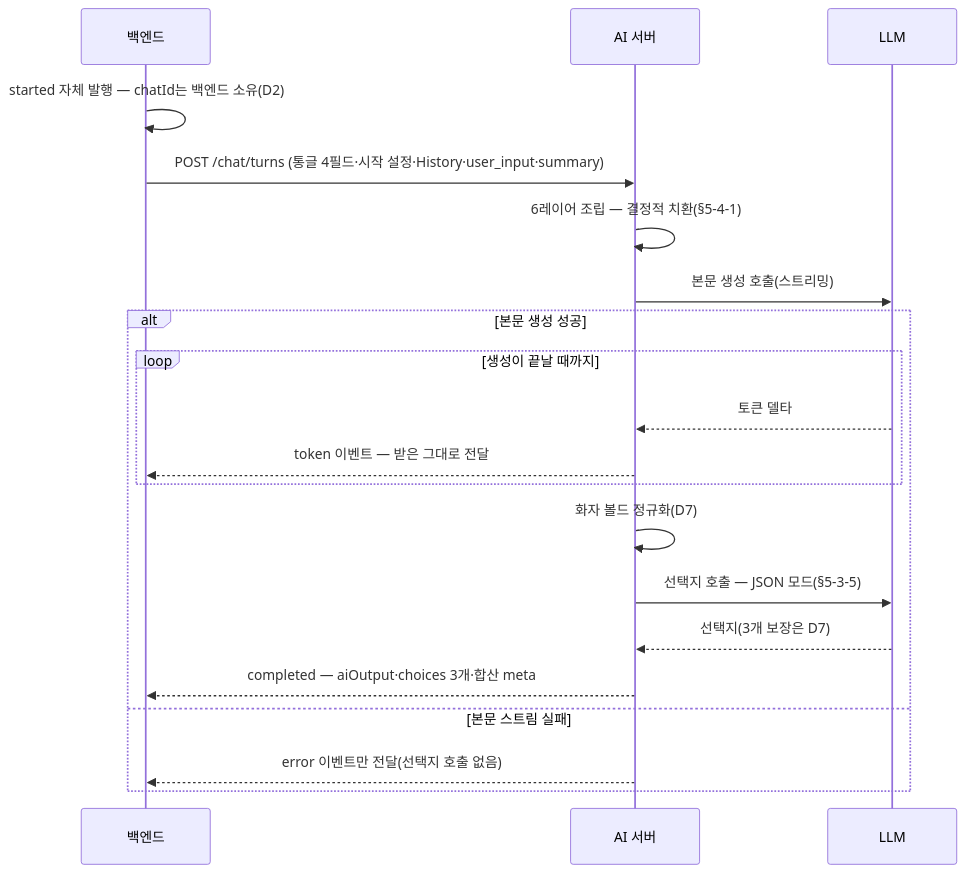
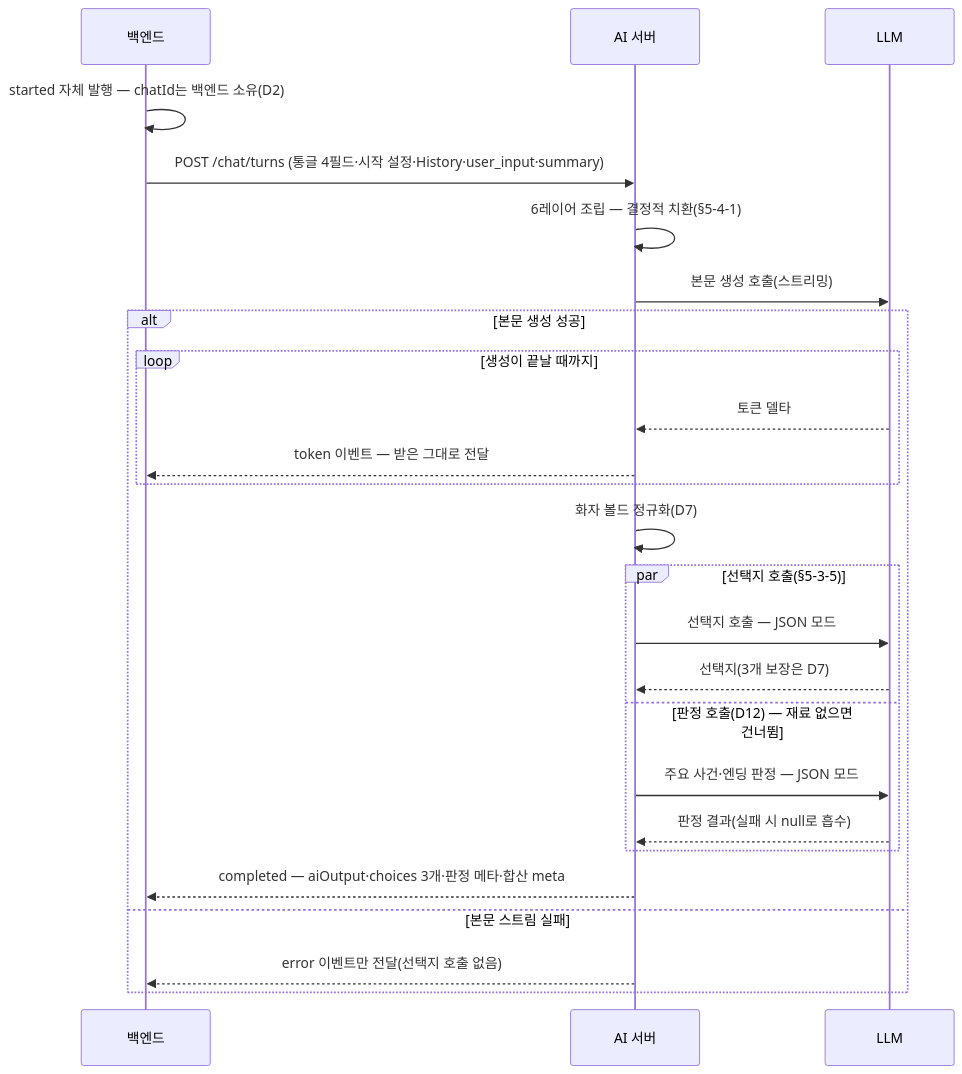
One commit to KIM-N-KANG/knk-harness changed the fourth of 7 diagrams in docs/product-specs/5-ai-server.md. Above: the diagram before and after it, drawn with Mermaid. The commit also changed other lines of this file, not shown here.

````diff
--- a/docs/product-specs/5-ai-server.md
+++ b/docs/product-specs/5-ai-server.md
@@ -448,23 +458,28 @@
 ```mermaid
 sequenceDiagram
     participant BE as 백엔드
     participant AI as AI 서버
     participant LLM as LLM
 
     BE->>BE: started 자체 발행 — chatId는 백엔드 소유(D2)
     BE->>AI: POST /chat/turns (통글 4필드·시작 설정·History·user_input·summary)
     AI->>AI: 6레이어 조립 — 결정적 치환(§5-4-1)
     AI->>LLM: 본문 생성 호출(스트리밍)
     alt 본문 생성 성공
         loop 생성이 끝날 때까지
             LLM-->>AI: 토큰 델타
             AI-->>BE: token 이벤트 — 받은 그대로 전달
         end
         AI->>AI: 화자 볼드 정규화(D7)
-        AI->>LLM: 선택지 호출 — JSON 모드(§5-3-5)
-        LLM-->>AI: 선택지(3개 보장은 D7)
-        AI-->>BE: completed — aiOutput·choices 3개·합산 meta
+        par 선택지 호출(§5-3-5)
+            AI->>LLM: 선택지 호출 — JSON 모드
+            LLM-->>AI: 선택지(3개 보장은 D7)
+        and 판정 호출(D12) — 재료 없으면 건너뜀
+            AI->>LLM: 주요 사건·엔딩 판정 — JSON 모드
+            LLM-->>AI: 판정 결과(실패 시 null로 흡수)
+        end
+        AI-->>BE: completed — aiOutput·choices 3개·판정 메타·합산 meta
     else 본문 스트림 실패
         AI-->>BE: error 이벤트만 전달(선택지 호출 없음)
     end
 ```
````
